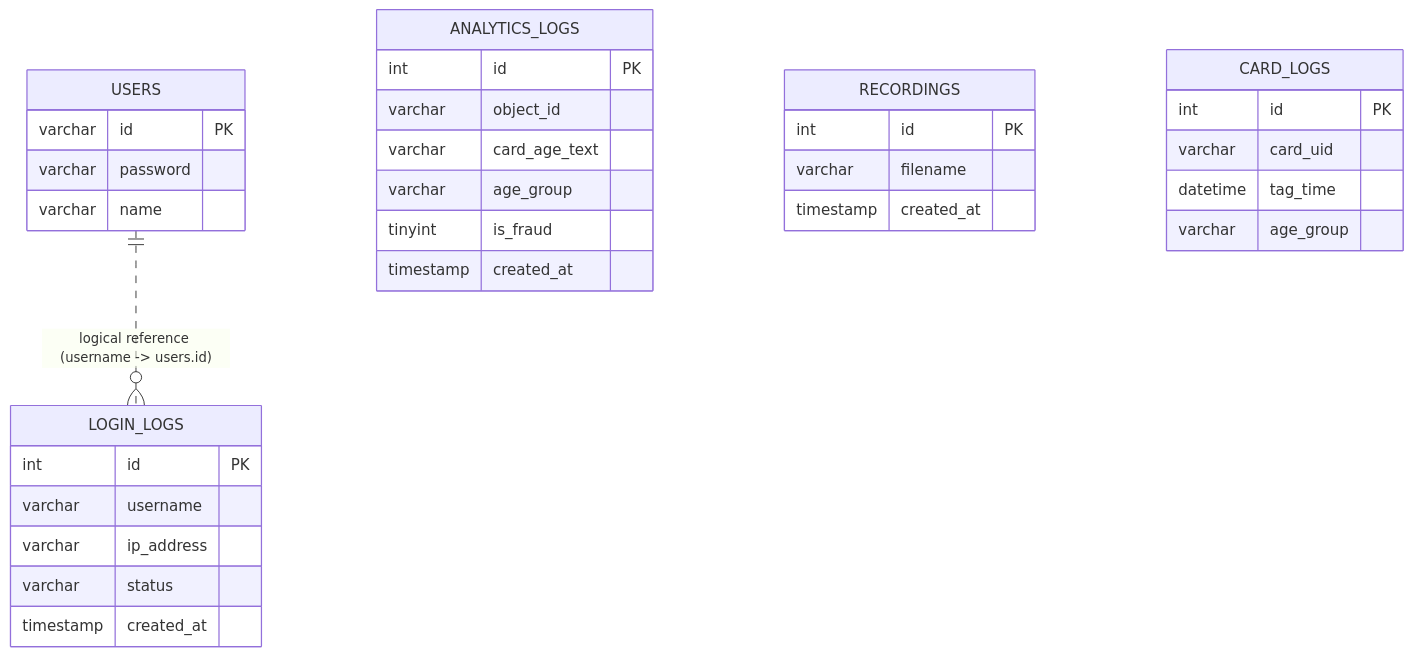
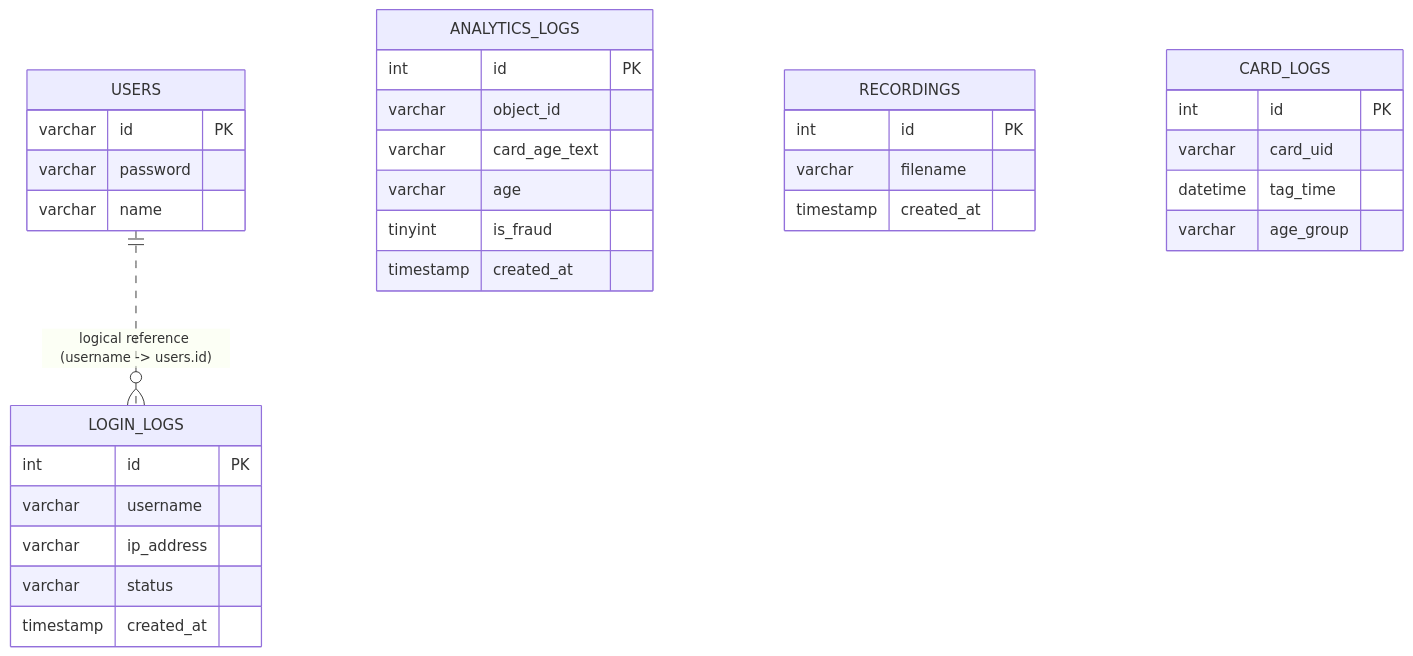
The first of 6 diagrams in docs/notion_db_flow.md (VEDA36tmea1/SFEPS), drawn with Mermaid before and after one commit. The commit also changed other lines of this file and 10 other files, not shown here.

````diff
--- a/docs/notion_db_flow.md
+++ b/docs/notion_db_flow.md
@@ -7,40 +7,40 @@
 ```mermaid
 erDiagram
     USERS {
         varchar id PK
         varchar password
         varchar name
     }
 
     LOGIN_LOGS {
         int id PK
         varchar username
         varchar ip_address
         varchar status
         timestamp created_at
     }
 
     ANALYTICS_LOGS {
         int id PK
         varchar object_id
         varchar card_age_text
-        varchar age_group
+        varchar age
         tinyint is_fraud
         timestamp created_at
     }
 
     RECORDINGS {
         int id PK
         varchar filename
         timestamp created_at
     }
 
     CARD_LOGS {
         int id PK
         varchar card_uid
         datetime tag_time
         varchar age_group
     }
 
     USERS ||..o{ LOGIN_LOGS : "logical reference (username -> users.id)"
 ```
````
